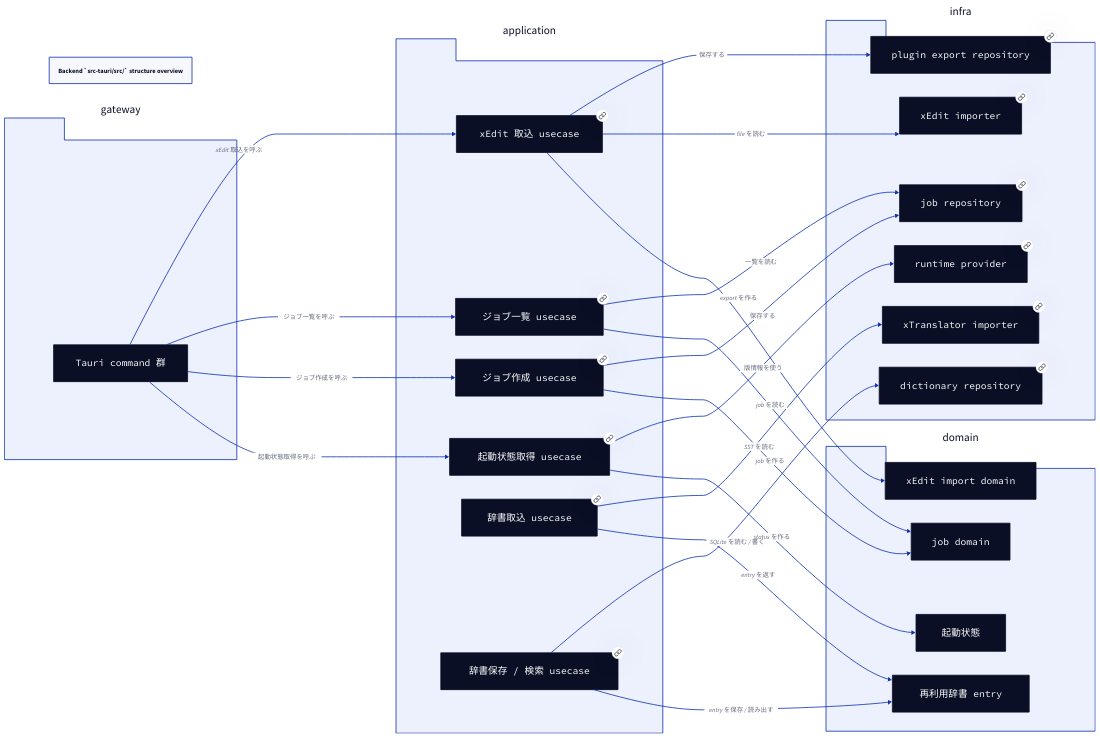
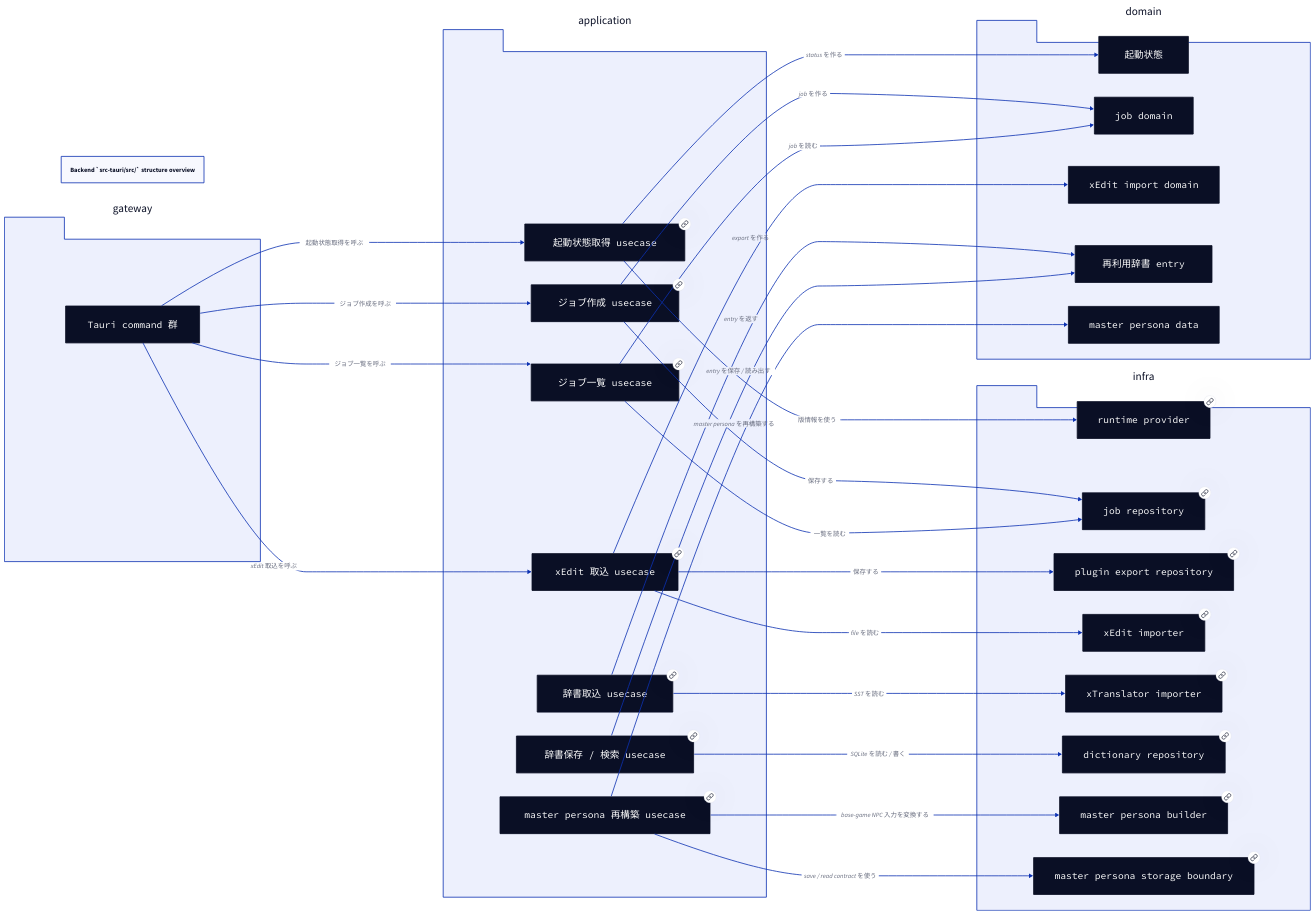
Before and after one commit to ishibata91/AITranslationEngineJP: the diagram in 4humans/diagrams/structures/backend-structure-overview.d2, drawn with D2. The commit also changed 29 other files, not shown here.

```diff
--- a/4humans/diagrams/structures/backend-structure-overview.d2
+++ b/4humans/diagrams/structures/backend-structure-overview.d2
@@ -1,138 +1,164 @@
 direction: right
 
 title: "Backend `src-tauri/src/` structure overview"
 
 gatewayLayer: {
   shape: package
   label: "gateway"
 
   tauriCommands: {
     shape: class
     label: "Tauri command 群"
   }
 }
 
 applicationLayer: {
   shape: package
   label: "application"
 
   bootstrapUsecase: {
     shape: class
     label: "起動状態取得 usecase"
     link: "./backend-bootstrap-status-class-diagram.svg"
   }
 
   createJobUsecase: {
     shape: class
     label: "ジョブ作成 usecase"
     link: "./backend-create-job-class-diagram.svg"
   }
 
   listJobsUsecase: {
     shape: class
     label: "ジョブ一覧 usecase"
     link: "./backend-list-jobs-class-diagram.svg"
   }
 
   importXeditUsecase: {
     shape: class
     label: "xEdit 取込 usecase"
     link: "./backend-import-xedit-class-diagram.svg"
   }
 
   dictionaryImportUsecase: {
     shape: class
     label: "辞書取込 usecase"
     link: "./backend-dictionary-import-class-diagram.svg"
   }
 
   dictionaryStorageQueryUsecase: {
     shape: class
     label: "辞書保存 / 検索 usecase"
     link: "./backend-dictionary-storage-query-class-diagram.svg"
   }
+
+  masterPersonaRebuildUsecase: {
+    shape: class
+    label: "master persona 再構築 usecase"
+    link: "./backend-master-persona-builder-class-diagram.svg"
+  }
 }
 
 domainLayer: {
   shape: package
   label: "domain"
 
   bootstrapStatus: {
     shape: class
     label: "起動状態"
   }
 
   jobDomain: {
     shape: class
     label: "job domain"
   }
 
   importDomain: {
     shape: class
     label: "xEdit import domain"
   }
 
   dictionaryEntries: {
     shape: class
     label: "再利用辞書 entry"
+  }
+
+  masterPersonaData: {
+    shape: class
+    label: "master persona data"
   }
 }
 
 infraLayer: {
   shape: package
   label: "infra"
 
   runtimeInfo: {
     shape: class
     label: "runtime provider"
     link: "./backend-bootstrap-status-class-diagram.svg"
   }
 
   jobRepository: {
     shape: class
     label: "job repository"
     link: "./backend-create-job-class-diagram.svg"
   }
 
   pluginExportRepository: {
     shape: class
     label: "plugin export repository"
     link: "./backend-import-xedit-class-diagram.svg"
   }
 
   xeditImporter: {
     shape: class
     label: "xEdit importer"
     link: "./backend-import-xedit-class-diagram.svg"
   }
 
   xtranslatorImporter: {
     shape: class
     label: "xTranslator importer"
     link: "./backend-dictionary-import-class-diagram.svg"
   }
 
   dictionaryRepository: {
     shape: class
     label: "dictionary repository"
     link: "./backend-dictionary-storage-query-class-diagram.svg"
   }
+
+  masterPersonaBuilder: {
+    shape: class
+    label: "master persona builder"
+    link: "./backend-master-persona-builder-class-diagram.svg"
+  }
+
+  masterPersonaStorageBoundary: {
+    shape: class
+    label: "master persona storage boundary"
+    link: "./backend-master-persona-builder-class-diagram.svg"
+  }
 }
 
 gatewayLayer.tauriCommands -> applicationLayer.bootstrapUsecase: 起動状態取得を呼ぶ
 gatewayLayer.tauriCommands -> applicationLayer.createJobUsecase: ジョブ作成を呼ぶ
 gatewayLayer.tauriCommands -> applicationLayer.listJobsUsecase: ジョブ一覧を呼ぶ
 gatewayLayer.tauriCommands -> applicationLayer.importXeditUsecase: xEdit 取込を呼ぶ
 applicationLayer.bootstrapUsecase -> domainLayer.bootstrapStatus: status を作る
 applicationLayer.bootstrapUsecase -> infraLayer.runtimeInfo: 版情報を使う
 applicationLayer.createJobUsecase -> domainLayer.jobDomain: job を作る
 applicationLayer.createJobUsecase -> infraLayer.jobRepository: 保存する
 applicationLayer.listJobsUsecase -> domainLayer.jobDomain: job を読む
 applicationLayer.listJobsUsecase -> infraLayer.jobRepository: 一覧を読む
 applicationLayer.importXeditUsecase -> domainLayer.importDomain: export を作る
 applicationLayer.importXeditUsecase -> infraLayer.xeditImporter: file を読む
 applicationLayer.importXeditUsecase -> infraLayer.pluginExportRepository: 保存する
 applicationLayer.dictionaryImportUsecase -> domainLayer.dictionaryEntries: entry を返す
 applicationLayer.dictionaryImportUsecase -> infraLayer.xtranslatorImporter: SST を読む
 applicationLayer.dictionaryStorageQueryUsecase -> domainLayer.dictionaryEntries: entry を保存 / 読み出す
 applicationLayer.dictionaryStorageQueryUsecase -> infraLayer.dictionaryRepository: SQLite を読む / 書く
+applicationLayer.masterPersonaRebuildUsecase -> domainLayer.masterPersonaData: master persona を再構築する
+applicationLayer.masterPersonaRebuildUsecase -> infraLayer.masterPersonaBuilder: base-game NPC 入力を変換する
+applicationLayer.masterPersonaRebuildUsecase -> infraLayer.masterPersonaStorageBoundary: save / read contract を使う
```
